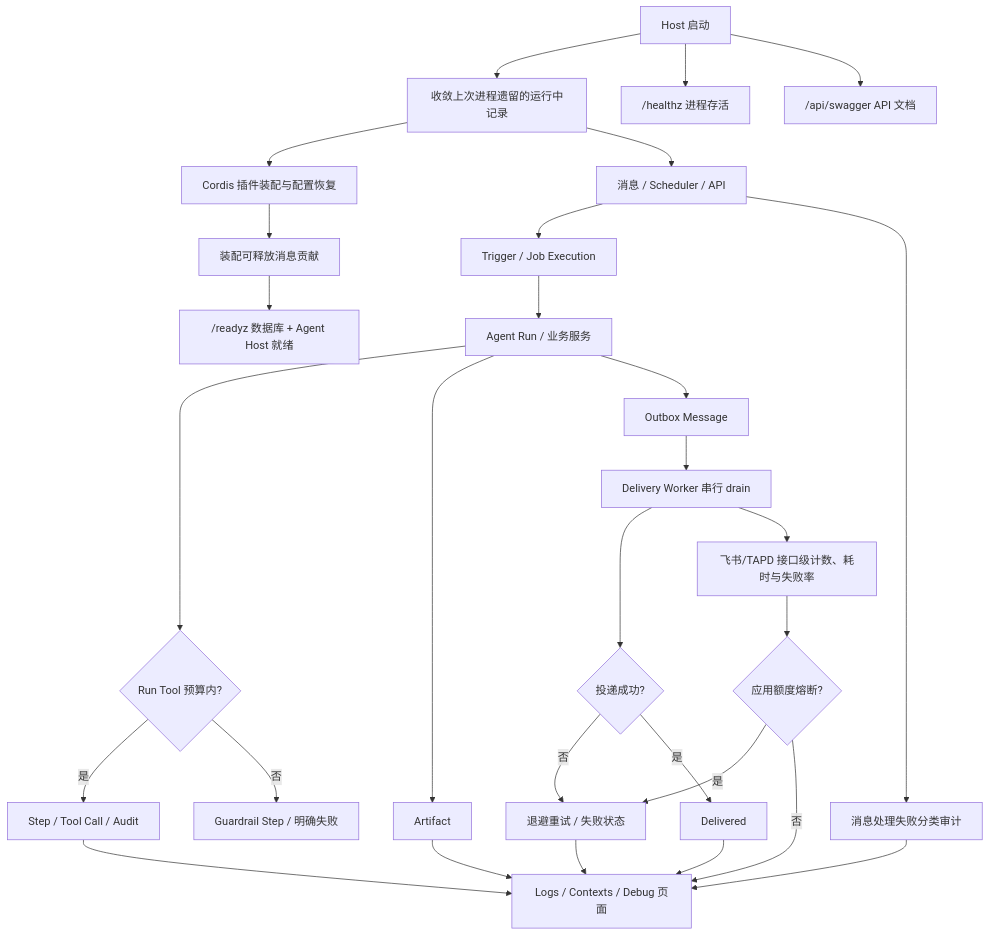
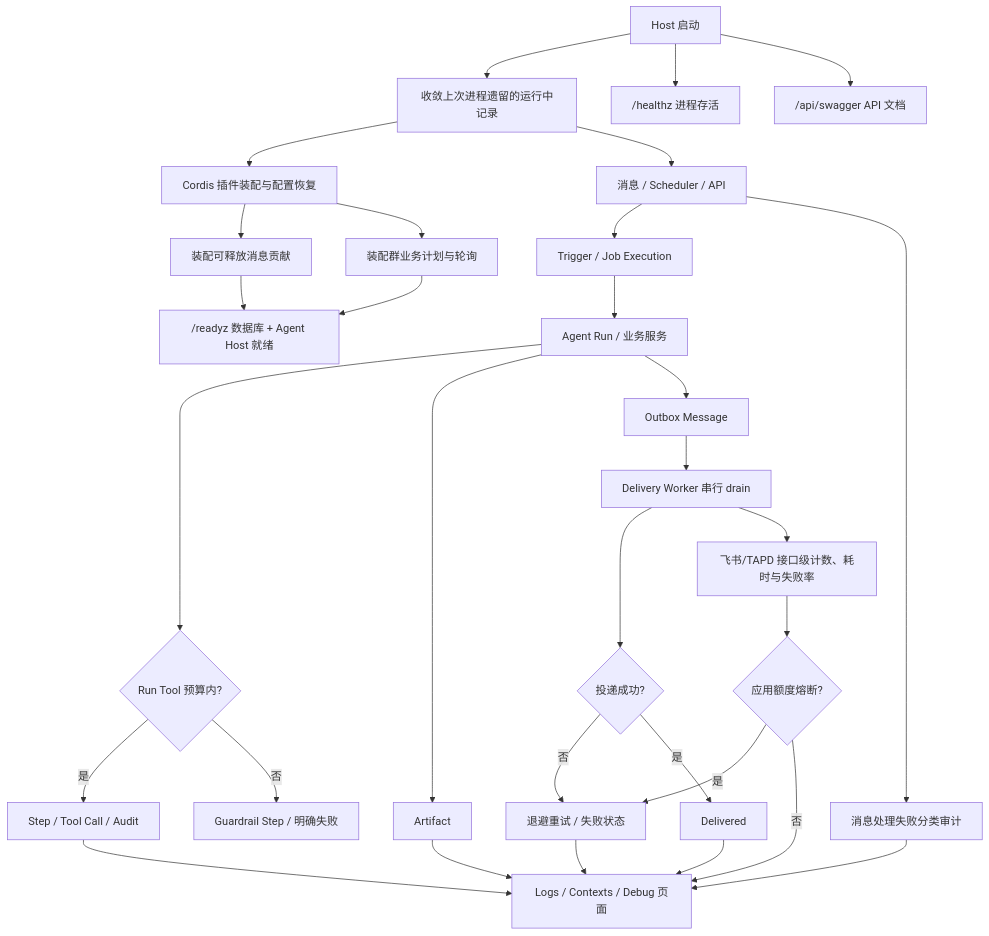
One commit to KlayPeter/AI-Delivery-Ops-Agent changed the diagram in backend/src/platform/runtime/FEATURE.md. Above: the diagram before and after it, drawn with Mermaid. The commit also changed other lines of this file and 37 other files, not shown here.

````diff
--- a/backend/src/platform/runtime/FEATURE.md
+++ b/backend/src/platform/runtime/FEATURE.md
@@ -21,31 +21,33 @@
 ```mermaid
 flowchart TD
     R["Host 启动"] --> S["收敛上次进程遗留的运行中记录"]
     R --> Q["/healthz 进程存活"]
     R --> OAPI["/api/swagger API 文档"]
     S --> P["Cordis 插件装配与配置恢复"]
     P --> MR["装配可释放消息贡献"]
     MR --> Z["/readyz 数据库 + Agent Host 就绪"]
+    P --> SJ[装配群业务计划与轮询]
+    SJ --> Z
     S --> A["消息 / Scheduler / API"]
     A --> B["Trigger / Job Execution"]
     B --> C["Agent Run / 业务服务"]
     C --> L{"Run Tool 预算内?"}
     L -- 是 --> D["Step / Tool Call / Audit"]
     L -- 否 --> M["Guardrail Step / 明确失败"]
     C --> E["Artifact"]
     C --> F["Outbox Message"]
     F --> G["Delivery Worker 串行 drain"]
     G --> H{"投递成功?"}
     H -- 否 --> I["退避重试 / 失败状态"]
     H -- 是 --> J["Delivered"]
     D --> K["Logs / Contexts / Debug 页面"]
     A --> X["消息处理失败分类审计"]
     X --> K
     E --> K
     I --> K
     J --> K
     G --> Y["飞书/TAPD 接口级计数、耗时与失败率"]
     Y --> Z1{"应用额度熔断?"}
     Z1 -- "是" --> I
     Z1 -- "否" --> K
 ```
````
